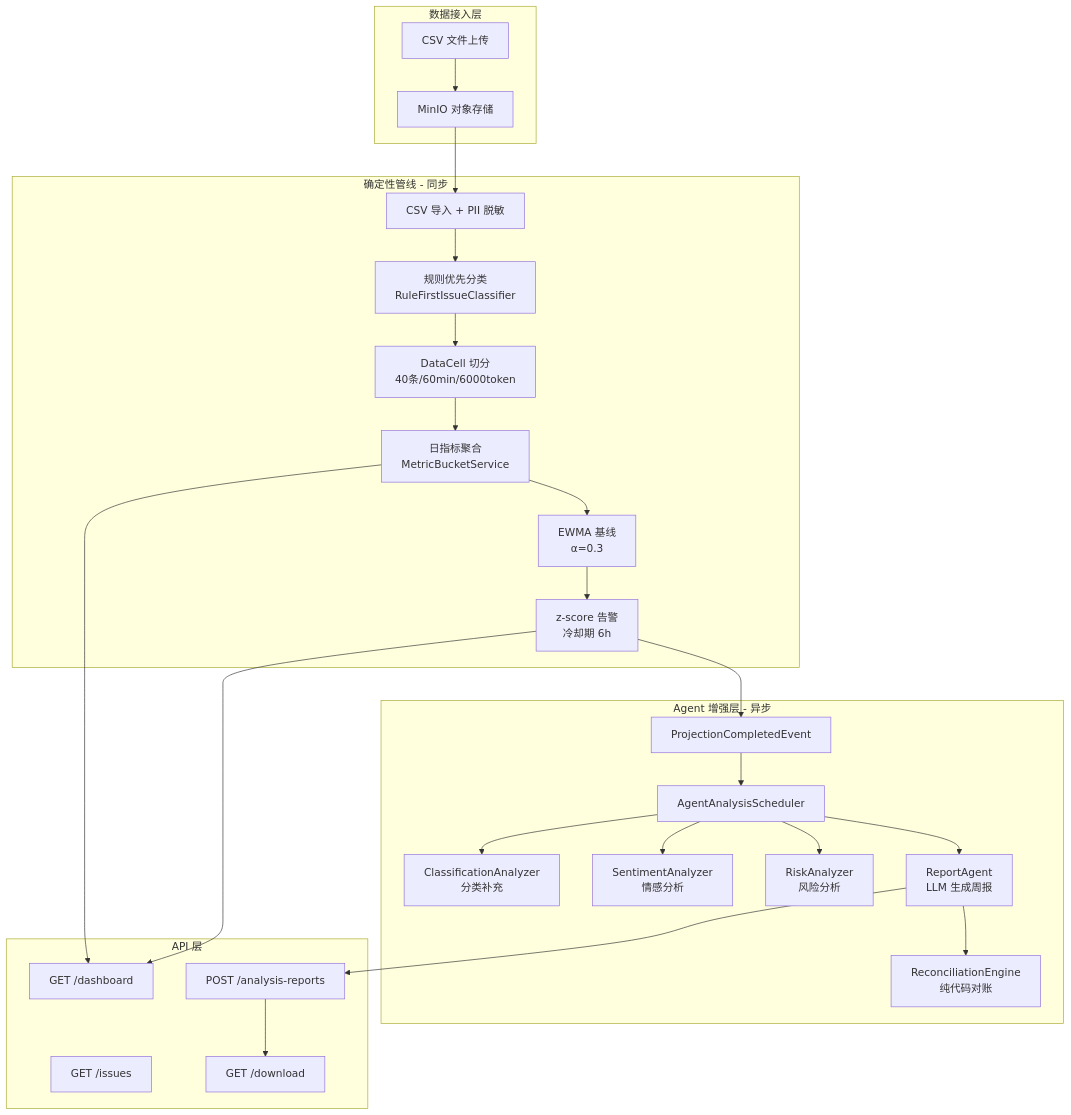
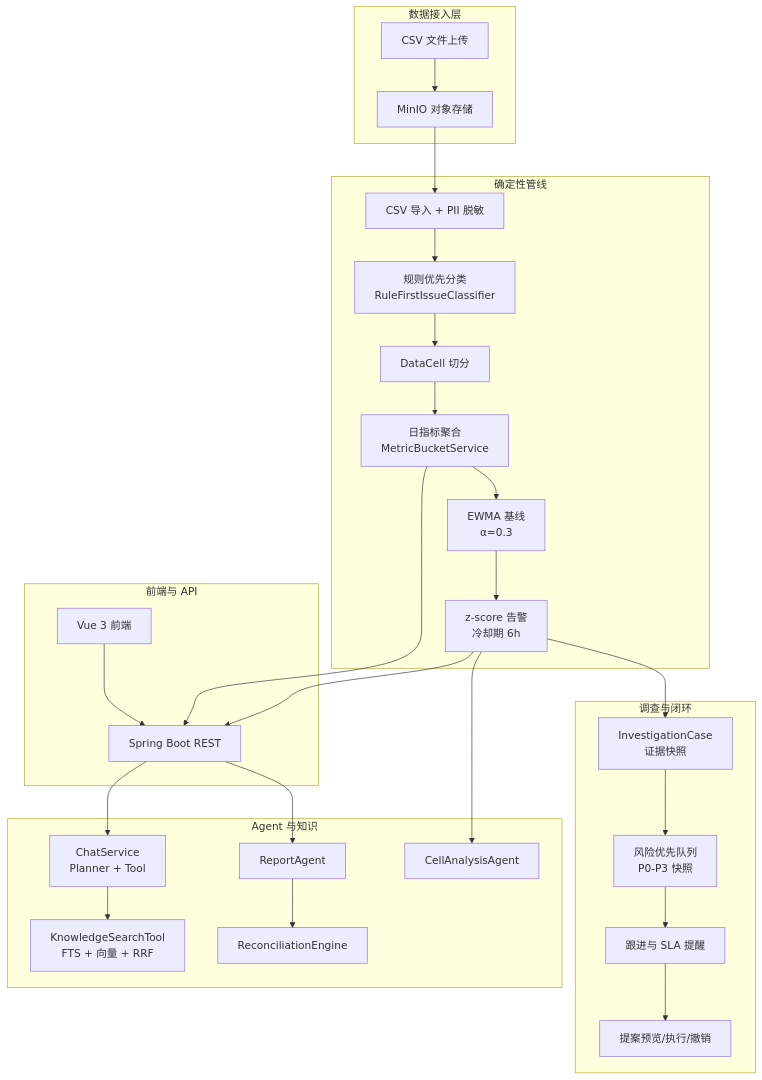
The second of 5 diagrams in README.md (Suda-313/InsightFlow), drawn with Mermaid before and after one commit. The commit also changed other lines of this file and 23 other files, not shown here.

Commit message:
feat: add time-range risk reports and P0/P1 email alerts

````diff
--- a/README.md
+++ b/README.md
@@ -36,54 +193,46 @@
 ```mermaid
 graph TB
     subgraph "数据接入层"
         CSV[CSV 文件上传]
         MinIO[MinIO 对象存储]
     end
 
-    subgraph "确定性管线 - 同步"
+    subgraph "确定性管线"
         Import[CSV 导入 + PII 脱敏]
         Rule[规则优先分类<br/>RuleFirstIssueClassifier]
-        Cell[DataCell 切分<br/>40条/60min/6000token]
+        Cell[DataCell 切分]
         Metric[日指标聚合<br/>MetricBucketService]
         EWMA[EWMA 基线<br/>α=0.3]
         Alert[z-score 告警<br/>冷却期 6h]
     end
 
-    subgraph "Agent 增强层 - 异步"
-        Event[ProjectionCompletedEvent]
-        Scheduler[AgentAnalysisScheduler]
-        ClassAnalyzer[ClassificationAnalyzer<br/>分类补充]
-        SentAnalyzer[SentimentAnalyzer<br/>情感分析]
-        RiskAnalyzer[RiskAnalyzer<br/>风险分析]
-        ReportAgent[ReportAgent<br/>LLM 生成周报]
-        Reconcile[ReconciliationEngine<br/>纯代码对账]
+    subgraph "调查与闭环"
+        Invest[InvestigationCase<br/>证据快照]
+        Queue[风险优先队列<br/>P0-P3 快照]
+        FollowUp[跟进与 SLA 提醒]
+        Proposal[提案预览/执行/撤销]
     end
 
-    subgraph "API 层"
-        Dashboard[GET /dashboard]
-        Issues[GET /issues]
-        ReportAPI[POST /analysis-reports]
-        Download[GET /download]
+    subgraph "Agent 与知识"
+        Chat[ChatService<br/>Planner + Tool]
+        RAG[KnowledgeSearchTool<br/>FTS + 向量 + RRF]
+        ReportAgent[ReportAgent]
+        Reconcile[ReconciliationEngine]
+        CellAgent[CellAnalysisAgent]
     end
 
-    CSV --> MinIO
-    MinIO --> Import
-    Import --> Rule
-    Rule --> Cell
-    Cell --> Metric
-    Metric --> EWMA
-    EWMA --> Alert
-    Alert --> Event
+    subgraph "前端与 API"
+        UI[Vue 3 前端]
+        API[Spring Boot REST]
+    end
 
-    Event --> Scheduler
-    Scheduler --> ClassAnalyzer
-    Scheduler --> SentAnalyzer
-    Scheduler --> RiskAnalyzer
-    Scheduler --> ReportAgent
-    ReportAgent --> Reconcile
-
-    Metric --> Dashboard
-    Alert --> Dashboard
-    ReportAgent --> ReportAPI
-    ReportAPI --> Download
+    CSV --> MinIO --> Import --> Rule --> Cell --> Metric --> EWMA --> Alert
+    Alert --> Invest --> Queue
+    Queue --> FollowUp --> Proposal
+    Alert --> CellAgent
+    UI --> API
+    API --> Chat --> RAG
+    API --> ReportAgent --> Reconcile
+    Metric --> API
+    Alert --> API
 ```
````
